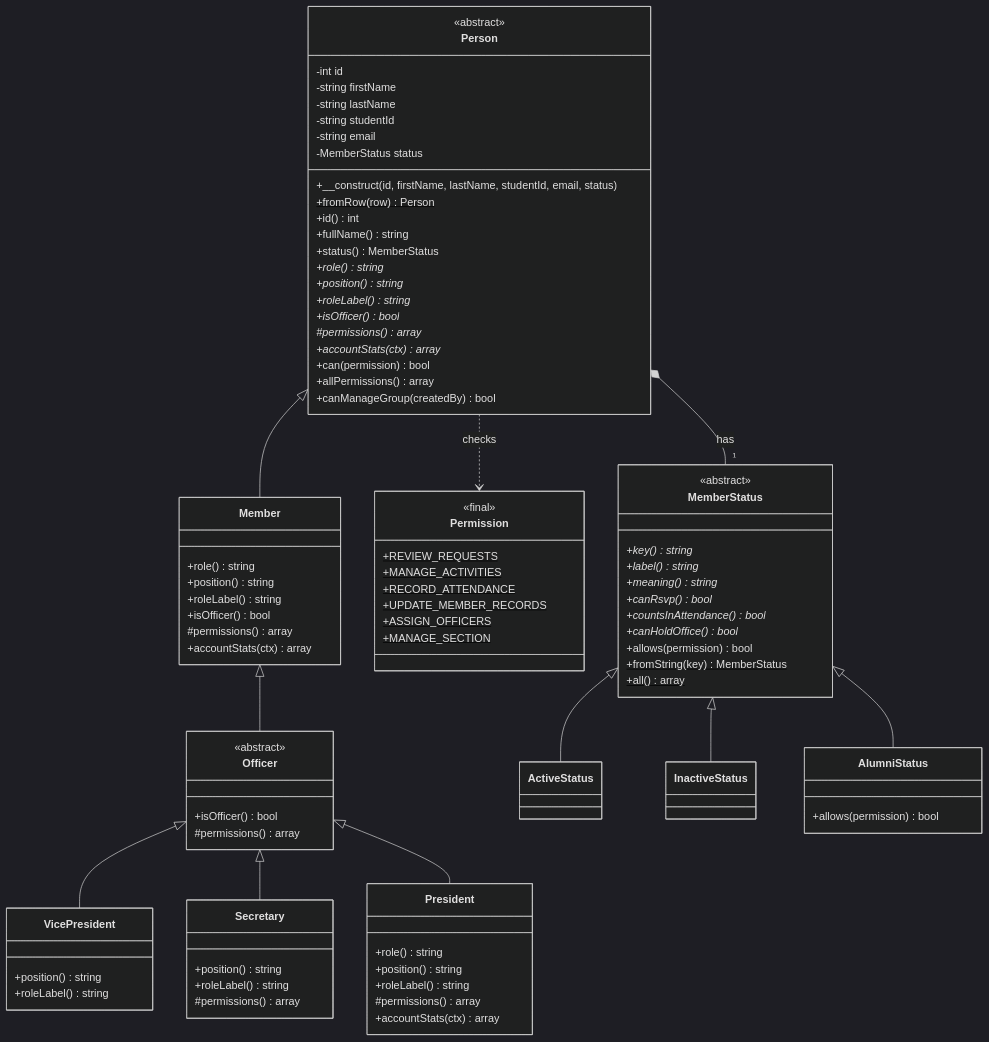
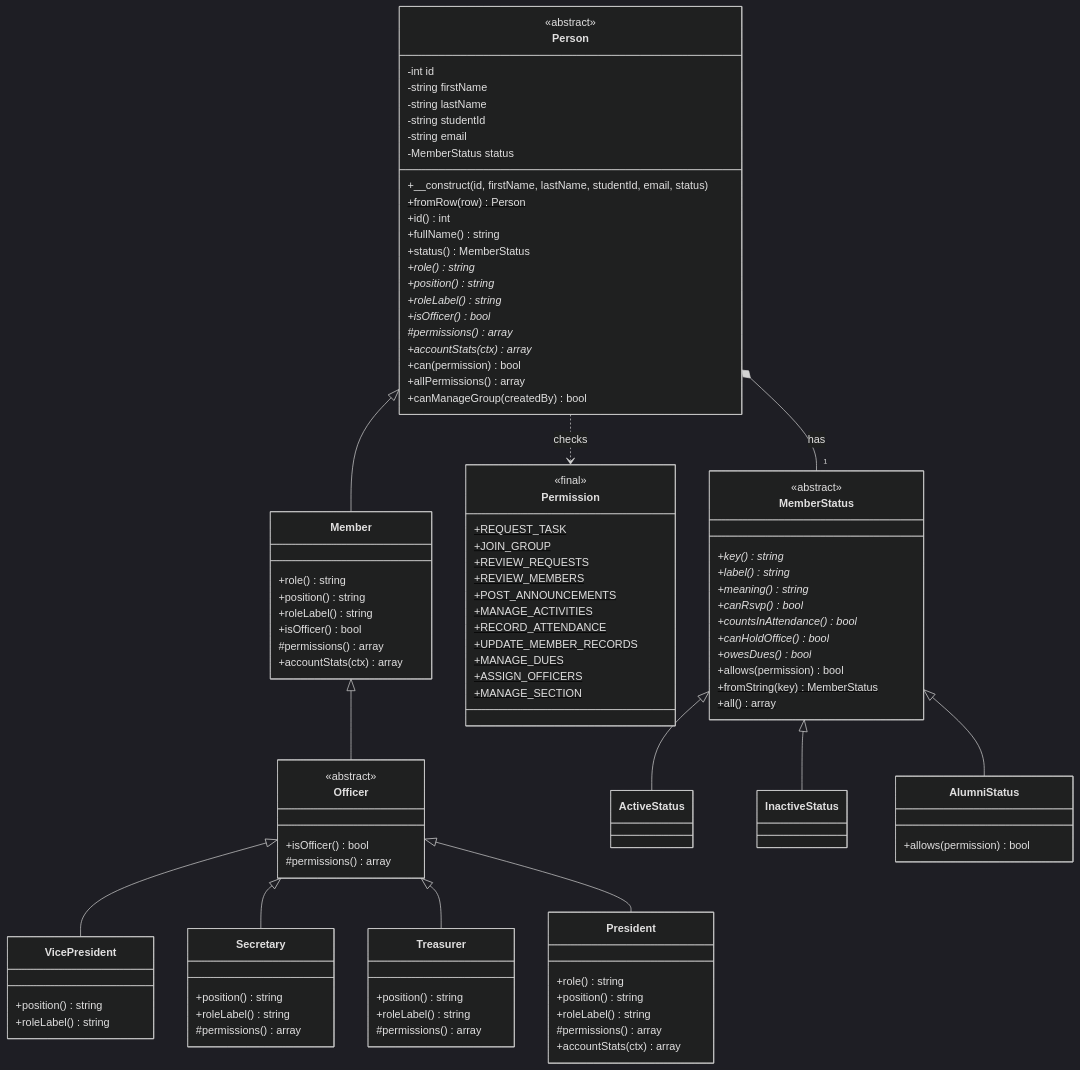
One commit to rcldvmnl/AcadSync changed the first of 6 diagrams in docs/CLASS_DIAGRAM.md. Above: the diagram before and after it, drawn with Mermaid (dark theme). The commit also changed other lines of this file and 50 other files, not shown here.

```diff
--- a/docs/CLASS_DIAGRAM.md
+++ b/docs/CLASS_DIAGRAM.md
@@ -57,6 +58,11 @@
         +roleLabel() string
         #permissions() array
     }
+    class Treasurer {
+        +position() string
+        +roleLabel() string
+        #permissions() array
+    }
     class President {
         +role() string
         +position() string
@@ -66,10 +72,15 @@
     }
     class Permission {
         <<final>>
+        +REQUEST_TASK$
+        +JOIN_GROUP$
         +REVIEW_REQUESTS$
+        +REVIEW_MEMBERS$
+        +POST_ANNOUNCEMENTS$
         +MANAGE_ACTIVITIES$
         +RECORD_ATTENDANCE$
         +UPDATE_MEMBER_RECORDS$
+        +MANAGE_DUES$
         +ASSIGN_OFFICERS$
         +MANAGE_SECTION$
     }
@@ -77,6 +88,7 @@
     Member <|-- Officer
     Officer <|-- VicePresident
     Officer <|-- Secretary
+    Officer <|-- Treasurer
     Officer <|-- President
     Person ..> Permission : checks
 
@@ -88,6 +100,7 @@
         +canRsvp()* bool
         +countsInAttendance()* bool
         +canHoldOffice()* bool
+        +owesDues()* bool
         +allows(permission) bool
         +fromString(key)$ MemberStatus
         +all()$ array
```
